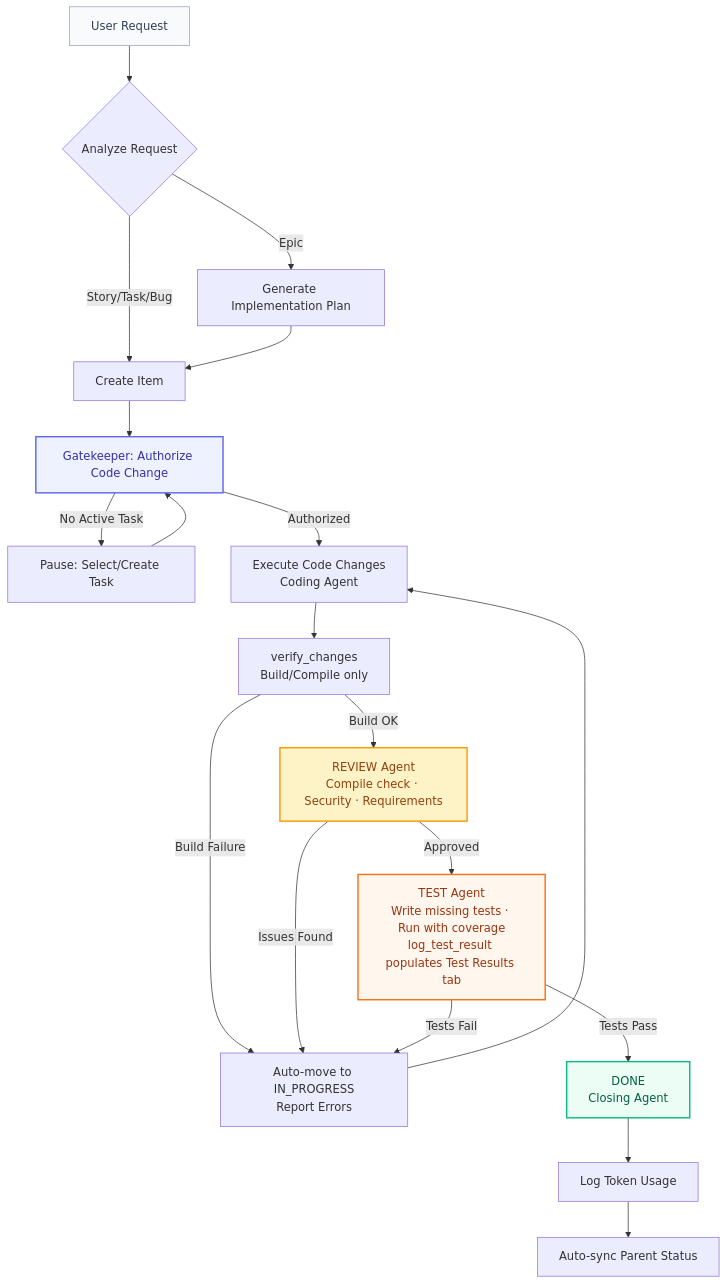
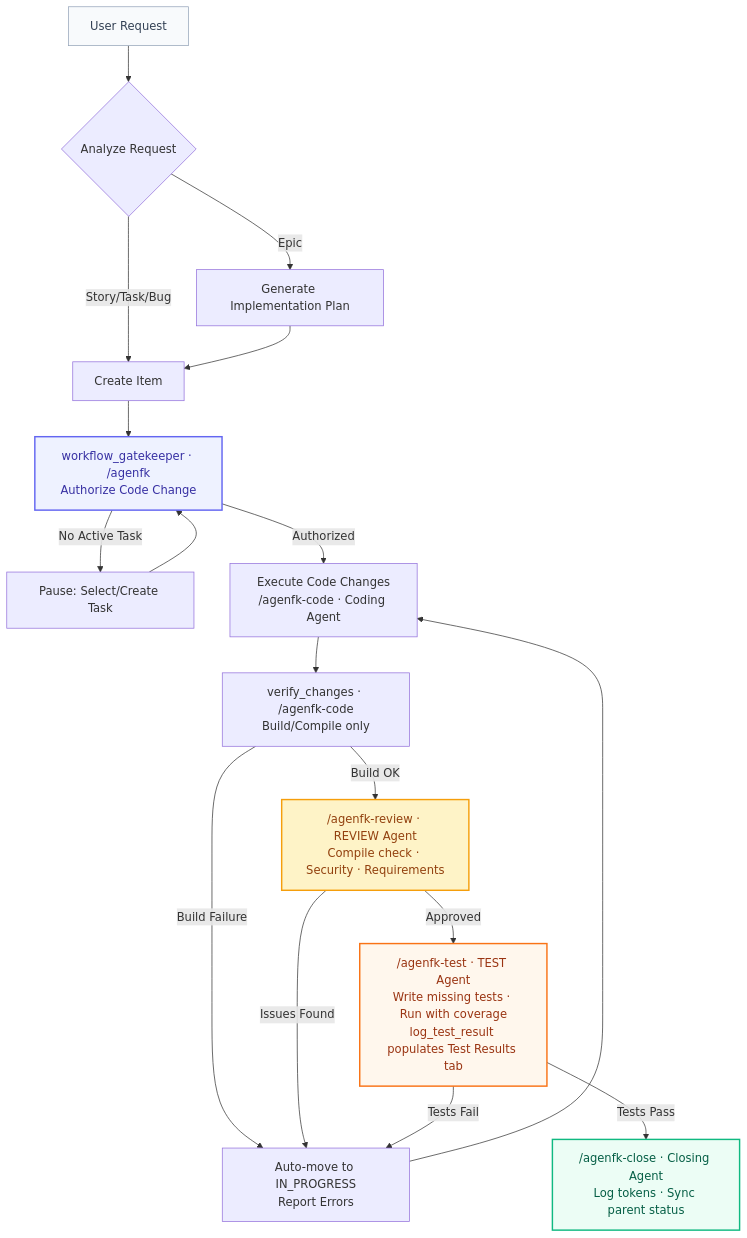
One commit to cglab-public/agenfk changed the diagram in README.md. Above: the diagram before and after it, drawn with Mermaid.

````diff
--- a/README.md
+++ b/README.md
@@ -91,27 +91,25 @@
 ```mermaid
 graph TD
     A[User Request] --> B{Analyze Request}
     B -->|Epic| C[Generate Implementation Plan]
     B -->|Story/Task/Bug| D[Create Item]
     C --> D
-    D --> E[Gatekeeper: Authorize Code Change]
+    D --> E["workflow_gatekeeper · /agenfk<br/>Authorize Code Change"]
     E -->|No Active Task| F[Pause: Select/Create Task]
     F --> E
-    E -->|Authorized| G[Execute Code Changes <br/>Coding Agent]
-    G --> H[verify_changes<br/>Build/Compile only]
+    E -->|Authorized| G["Execute Code Changes<br/>/agenfk-code · Coding Agent"]
+    G --> H["verify_changes · /agenfk-code<br/>Build/Compile only"]
     H -->|Build Failure| I[Auto-move to IN_PROGRESS<br/>Report Errors]
     I --> G
-    H -->|Build OK| J[REVIEW Agent<br/>Compile check · Security · Requirements]
+    H -->|Build OK| J["/agenfk-review · REVIEW Agent<br/>Compile check · Security · Requirements"]
     J -->|Issues Found| I
-    J -->|Approved| K[TEST Agent<br/>Write missing tests · Run with coverage<br/>log_test_result populates Test Results tab]
+    J -->|Approved| K["/agenfk-test · TEST Agent<br/>Write missing tests · Run with coverage<br/>log_test_result populates Test Results tab"]
     K -->|Tests Fail| I
-    K -->|Tests Pass| L[DONE <br/>Closing Agent]
-    L --> M[Log Token Usage]
-    M --> N[Auto-sync Parent Status]
+    K -->|Tests Pass| L["/agenfk-close · Closing Agent<br/>Log tokens · Sync parent status"]
 
     style A fill:#f8fafc,stroke:#94a3b8,color:#334155
     style E fill:#eef2ff,stroke:#6366f1,stroke-width:2px,color:#3730a3
     style J fill:#fef3c7,stroke:#f59e0b,stroke-width:2px,color:#92400e
     style K fill:#fff7ed,stroke:#f97316,stroke-width:2px,color:#9a3412
     style L fill:#ecfdf5,stroke:#10b981,stroke-width:2px,color:#065f46
 ```
````
